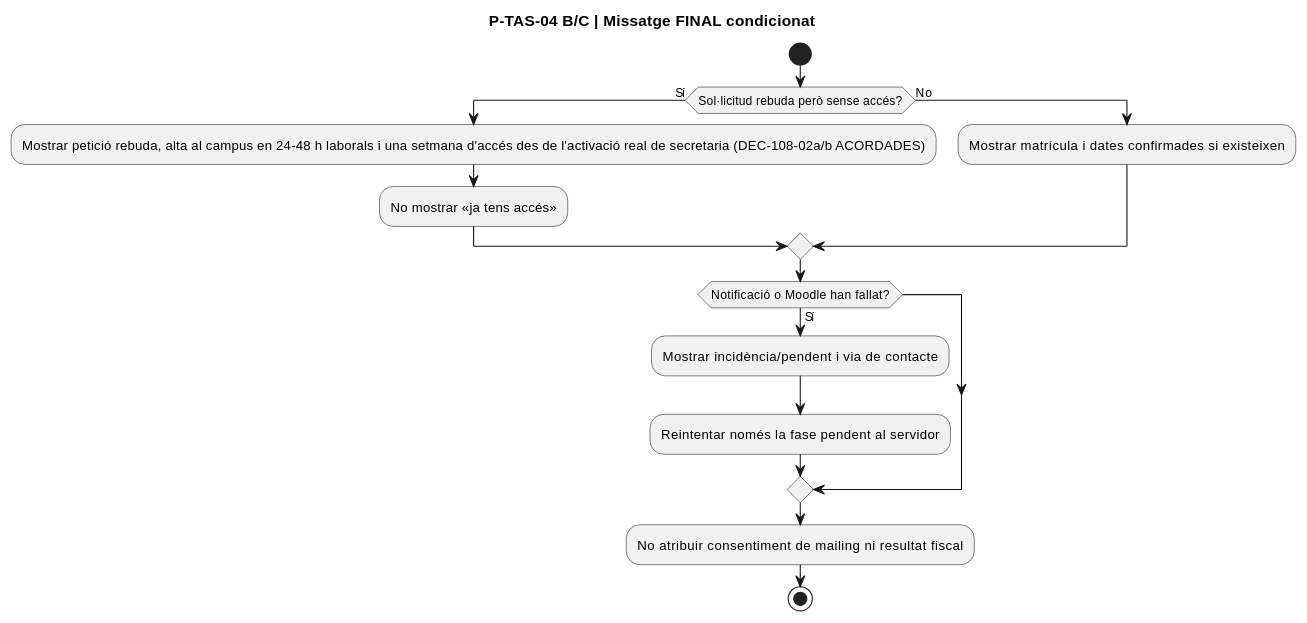
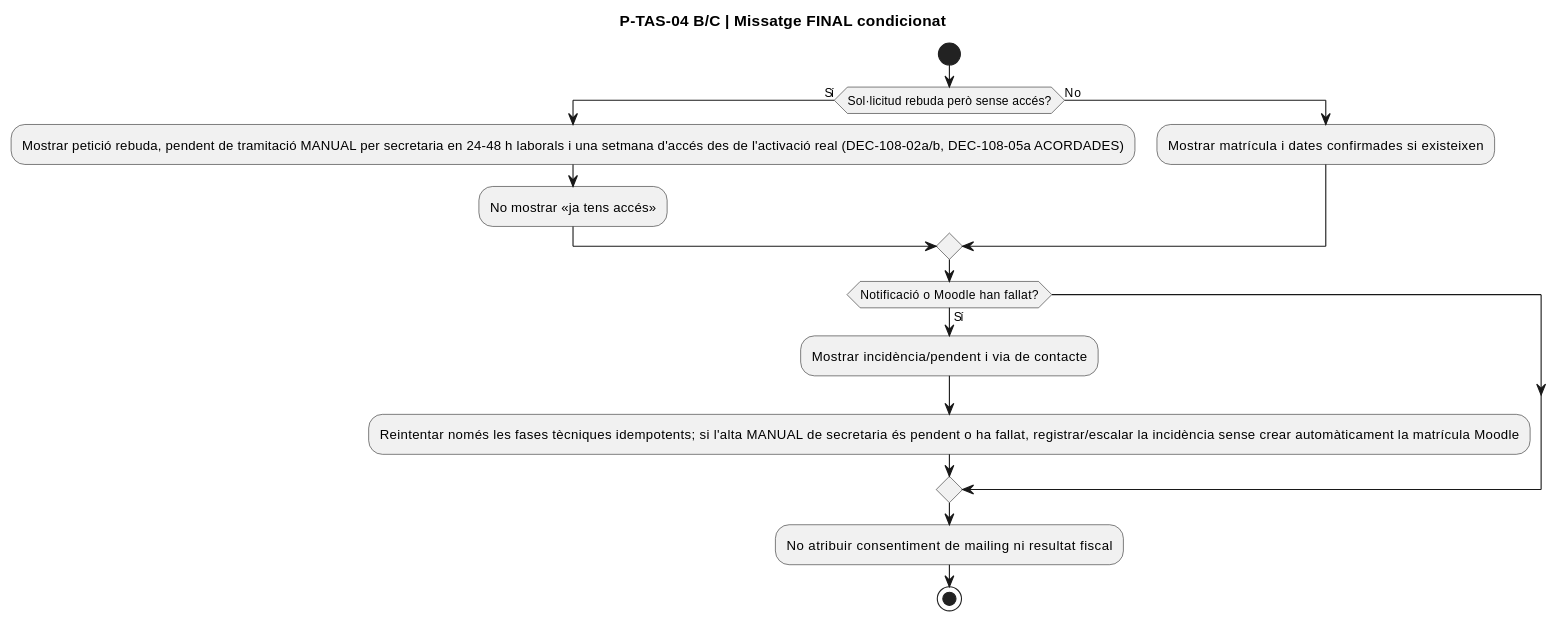
One commit to orgmeriemprismacat-del/verifactu changed diagram 32 of 32 in documentacio/07-uml-integrat/uc-108-activitats-pagines-tastets-actual-final.md. Above: the diagram before and after it, drawn with PlantUML. The commit also changed other lines of this file, not shown here.

Commit message:
docs(uml uc-108): reflect secretariat manual campus activation, 2027 automation future only

````diff
--- a/documentacio/07-uml-integrat/uc-108-activitats-pagines-tastets-actual-final.md
+++ b/documentacio/07-uml-integrat/uc-108-activitats-pagines-tastets-actual-final.md
@@ -779,18 +782,18 @@
 ```plantuml
 @startuml
 title P-TAS-04 B/C | Missatge FINAL condicionat
 start
 if (Sol·licitud rebuda però sense accés?) then (Sí)
-  :Mostrar petició rebuda, alta al campus en 24–48 h laborals i una setmana d'accés des de l'activació real de secretaria (DEC-108-02a/b ACORDADES);
+  :Mostrar petició rebuda, pendent de tramitació MANUAL per secretaria en 24–48 h laborals i una setmana d'accés des de l'activació real (DEC-108-02a/b, DEC-108-05a ACORDADES);
   :No mostrar «ja tens accés»;
 else (No)
   :Mostrar matrícula i dates confirmades si existeixen;
 endif
 if (Notificació o Moodle han fallat?) then (Sí)
   :Mostrar incidència/pendent i via de contacte;
-  :Reintentar només la fase pendent al servidor;
+  :Reintentar només les fases tècniques idempotents; si l'alta MANUAL de secretaria és pendent o ha fallat, registrar/escalar la incidència sense crear automàticament la matrícula Moodle;
 endif
 :No atribuir consentiment de mailing ni resultat fiscal;
 stop
 @enduml
 ```
````
